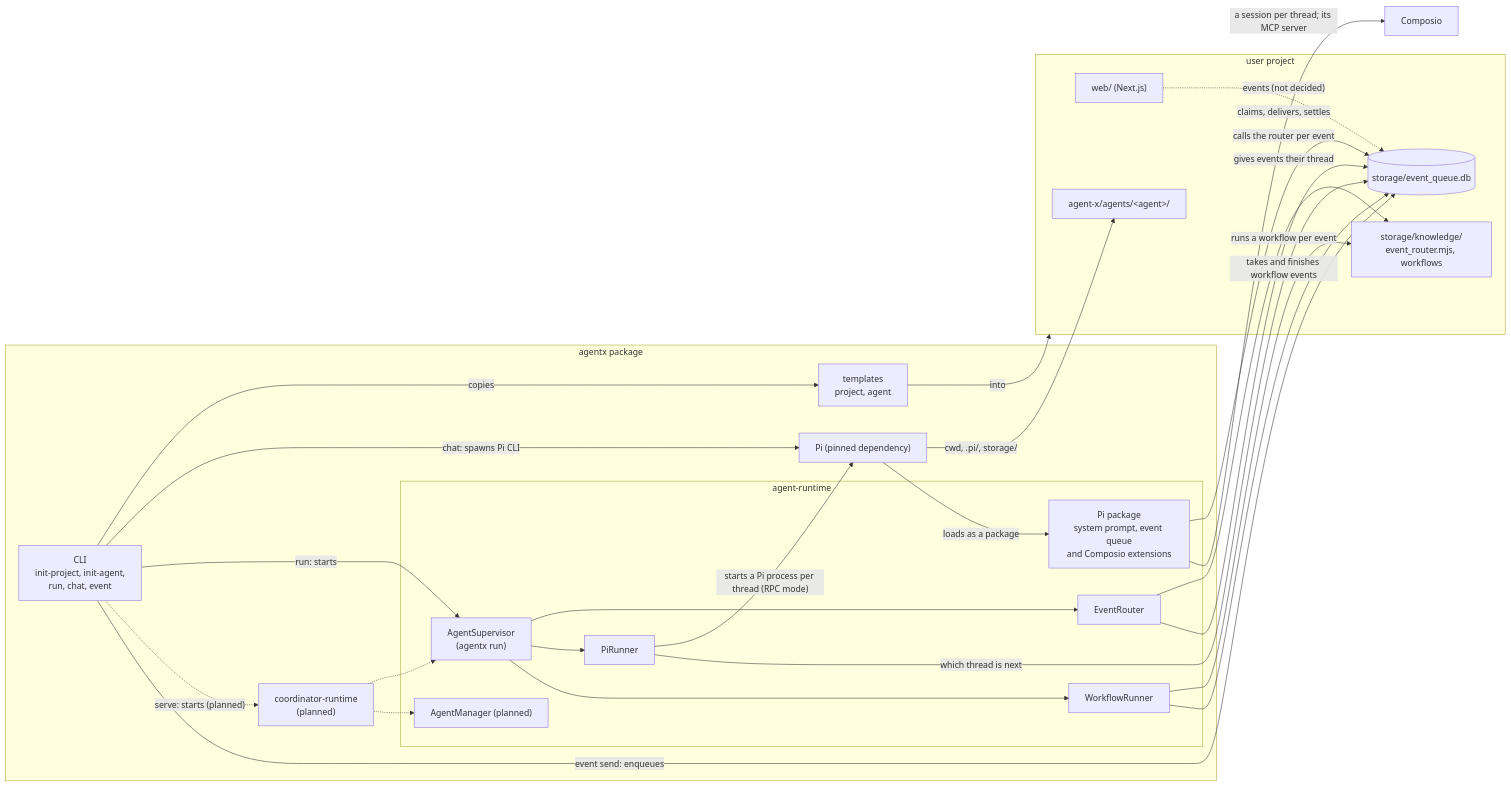
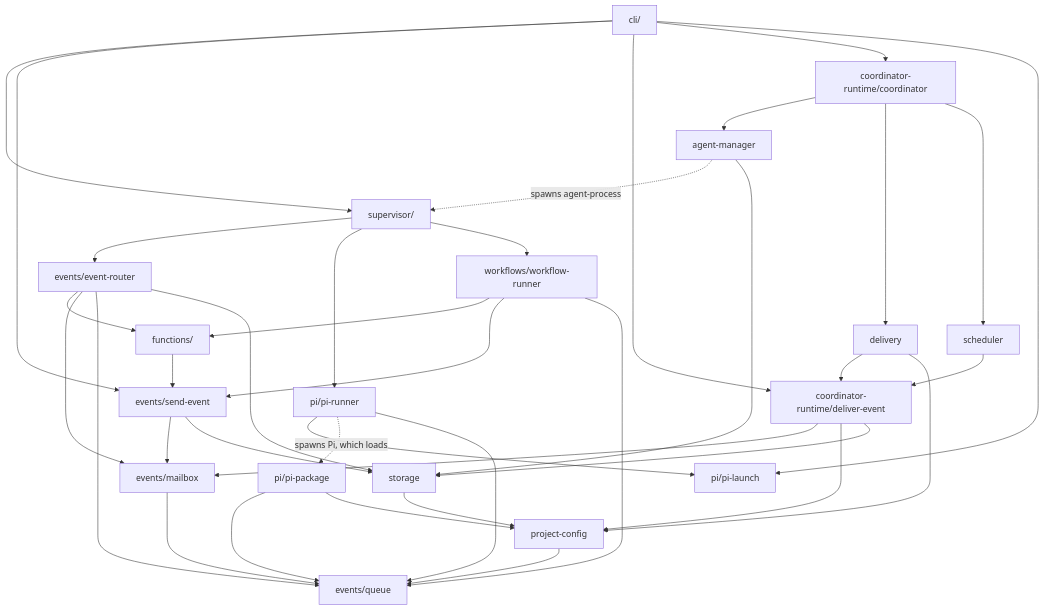
The diagram in docs/high_level_design.md (cognisphere-sh/agent-x), drawn with Mermaid before and after one commit. The commit also changed other lines of this file and 83 other files, not shown here.

First line of the commit message:
feat: agentx serve with a coordinator, inbox and outbox delivery, schedules, and central agent storage

````diff
--- a/docs/high_level_design.md
+++ b/docs/high_level_design.md
@@ -19,44 +41,19 @@
 ```mermaid
-flowchart LR
-  subgraph agentx["agentx package"]
-    CLI["CLI<br/>init-project, init-agent,<br/>run, chat, event"]
-    T["templates<br/>project, agent"]
-    subgraph AR["agent-runtime"]
-      S["AgentSupervisor<br/>(agentx run)"]
-      ER["EventRouter"]
-      R["PiRunner"]
-      WR["WorkflowRunner"]
-      CORE["Pi package<br/>system prompt, event queue<br/>and Composio extensions"]
-      M["AgentManager (planned)"]
-    end
-    C["coordinator-runtime<br/>(planned)"]
-    PI["Pi (pinned dependency)"]
-  end
-  subgraph P["user project"]
-    APP["web/ (Next.js)"]
-    A["agent-x/agents/&lt;agent&gt;/"]
-    Q[("storage/event_queue.db")]
-    K["storage/knowledge/<br/>event_router.mjs, workflows"]
-  end
-  CLI -- copies --> T
-  T -- into --> P
-  CLI -- "chat: spawns Pi CLI" --> PI
-  CLI -- "run: starts" --> S
-  CLI -. "serve: starts (planned)" .-> C
-  CLI -- "event send: enqueues" --> Q
-  S --> ER & R & WR
-  ER -- "calls the router per event" --> K
-  ER -- "gives events their thread" --> Q
-  R -- "starts a Pi process per thread (RPC mode)" --> PI
-  R -- "which thread is next" --> Q
-  WR -- "runs a workflow per event" --> K
-  WR -- "takes and finishes workflow events" --> Q
-  PI -- "cwd, .pi/, storage/" --> A
-  PI -- "loads as a package" --> CORE
-  CORE -- "claims, delivers, settles" --> Q
-  C -.-> S
-  C -.-> M
-  APP -. "events (not decided)" .-> Q
-  CX["Composio"]
-  CORE -- "a session per thread; its MCP server" --> CX
+flowchart TD
+  CLI["cli/"] --> SUP["supervisor/"] & SEND["events/send-event"] & DELIV["coordinator-runtime/deliver-event"] & COORD["coordinator-runtime/coordinator"] & LAUNCH["pi/pi-launch"]
+  COORD --> MGR["agent-manager"] & DELY["delivery"] & SCHED["scheduler"]
+  DELY & SCHED --> DELIV
+  MGR -. "spawns agent-process" .-> SUP
+  SUP --> ER["events/event-router"] & PR["pi/pi-runner"] & WR["workflows/workflow-runner"]
+  ER & WR --> FN["functions/"]
+  FN --> SEND
+  WR --> SEND
+  PR --> LAUNCH
+  PR -. "spawns Pi, which loads" .-> PKG["pi/pi-package"]
+  ER & DELIV & SEND --> MB["events/mailbox"]
+  ER & WR & PR & PKG & MB --> Q["events/queue"]
+  PKG --> PC["project-config"]
+  DELIV & DELY --> PC
+  ER & SEND & DELIV & MGR --> ST["storage"]
+  ST --> PC --> Q
 ```
````
